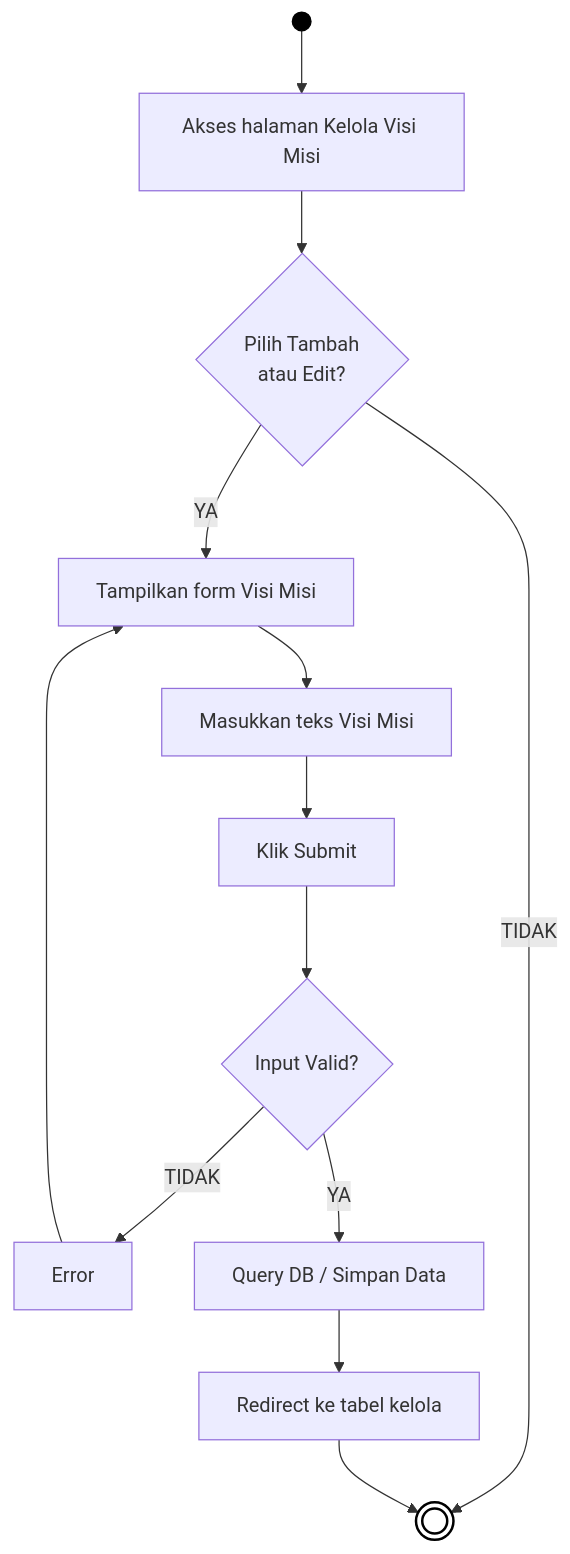
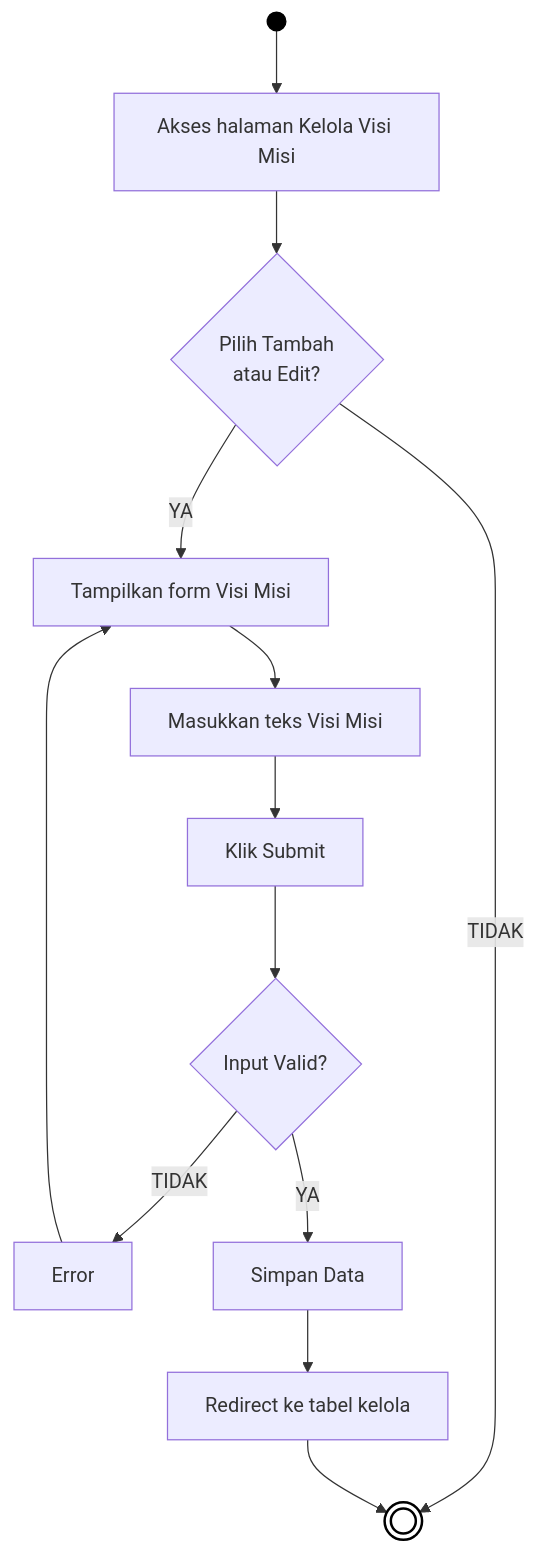
Before and after one commit to arbain-dev/Web_fikom: the second of 5 diagrams in docs/01_DIAGRAM_AKTIVITAS.md, drawn with Mermaid. The commit also changed other lines of this file, not shown here.

Commit message:
docs: menyederhanakan istilah Query DB pada diagram aktivitas

````diff
--- a/docs/01_DIAGRAM_AKTIVITAS.md
+++ b/docs/01_DIAGRAM_AKTIVITAS.md
@@ -50,23 +50,23 @@
 ```mermaid
 flowchart TD
     Start(( )) --> A[Akses halaman Kelola Visi Misi]
     
     A --> B{Pilih Tambah\natau Edit?}
     
     B -- YA --> C[Tampilkan form Visi Misi]
     B -- TIDAK --> End((( )))
     
     C --> D[Masukkan teks Visi Misi]
     D --> E[Klik Submit]
     E --> F{Input Valid?}
     
     F -- TIDAK --> G[Error]
     G --> C
     
-    F -- YA --> H[Query DB / Simpan Data]
+    F -- YA --> H[Simpan Data]
     H --> I[Redirect ke tabel kelola]
     I --> End
     
     style Start fill:#000,stroke:#000,color:#000
     style End fill:#fff,stroke:#000,stroke-width:2px
 ```
````
